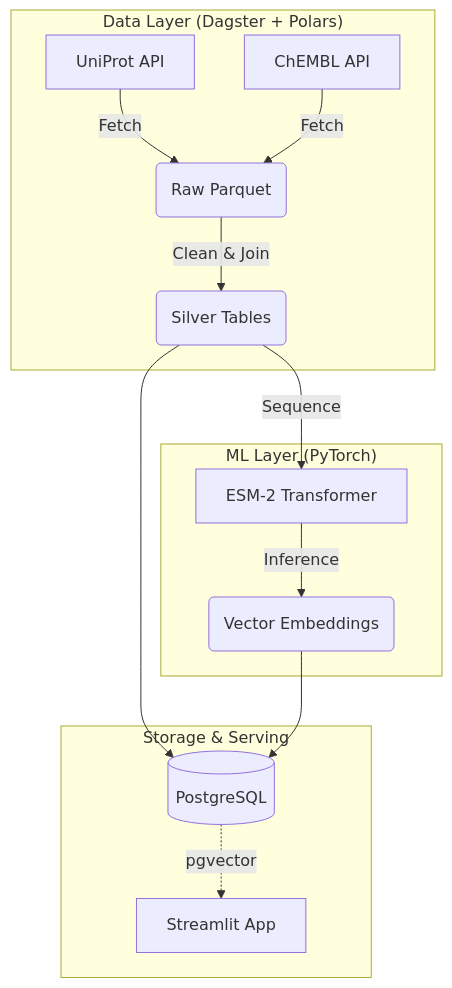
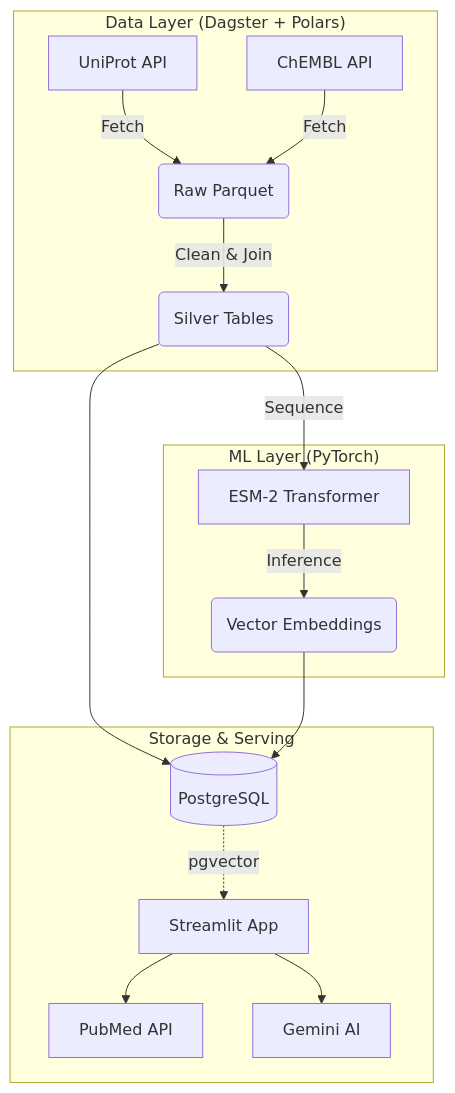
One commit to edwardchalstrey1/open_target_graph changed the diagram in README.md. Above: the diagram before and after it, drawn with Mermaid. The commit also changed other lines of this file and 6 other files, not shown here.

````diff
--- a/README.md
+++ b/README.md
@@ -47,19 +48,21 @@
 ```mermaid
 graph TD
     subgraph "Data Layer (Dagster + Polars)"
         A[UniProt API] -->|Fetch| B(Raw Parquet)
         C[ChEMBL API] -->|Fetch| B
         B -->|Clean & Join| D(Silver Tables)
     end
 
     subgraph "ML Layer (PyTorch)"
         D -->|Sequence| E[ESM-2 Transformer]
         E -->|Inference| F(Vector Embeddings)
     end
 
     subgraph "Storage & Serving"
         D --> G[(PostgreSQL)]
         F --> G
         G -.->|pgvector| H[Streamlit App]
+        H --> I[PubMed API]
+        H --> J[Gemini AI]
     end
 ```
````
